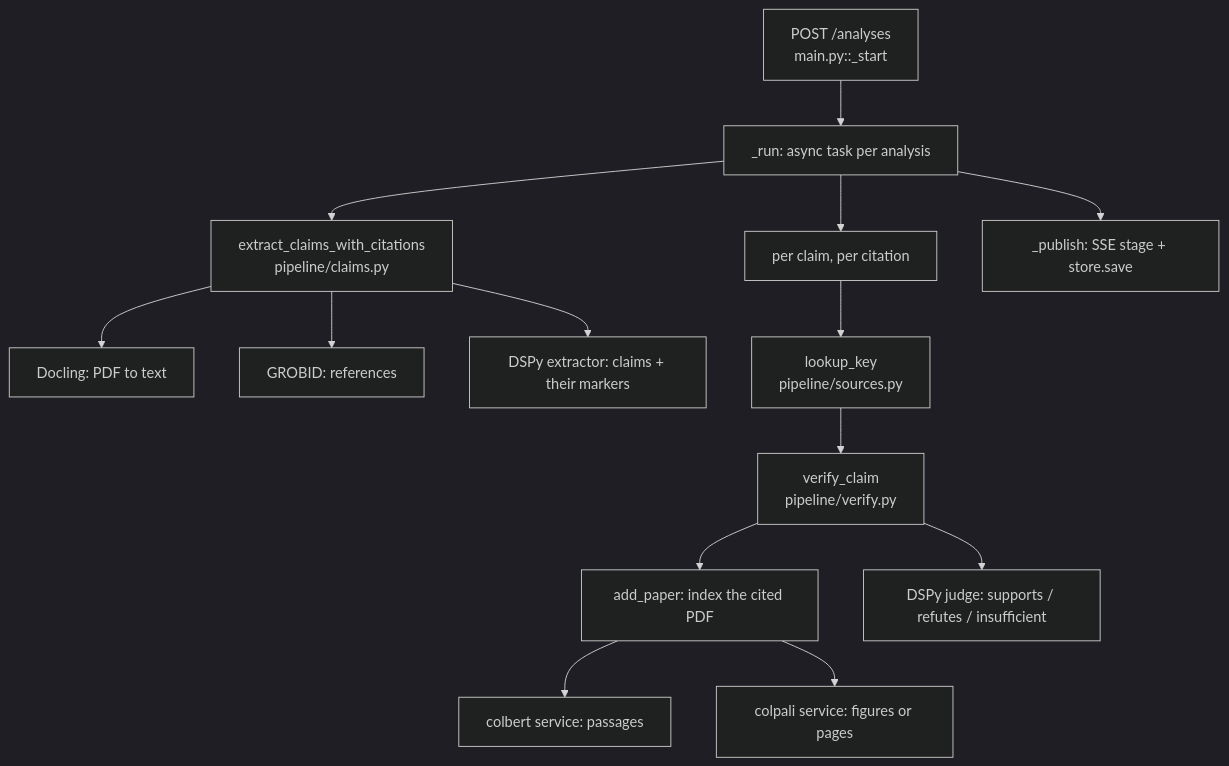
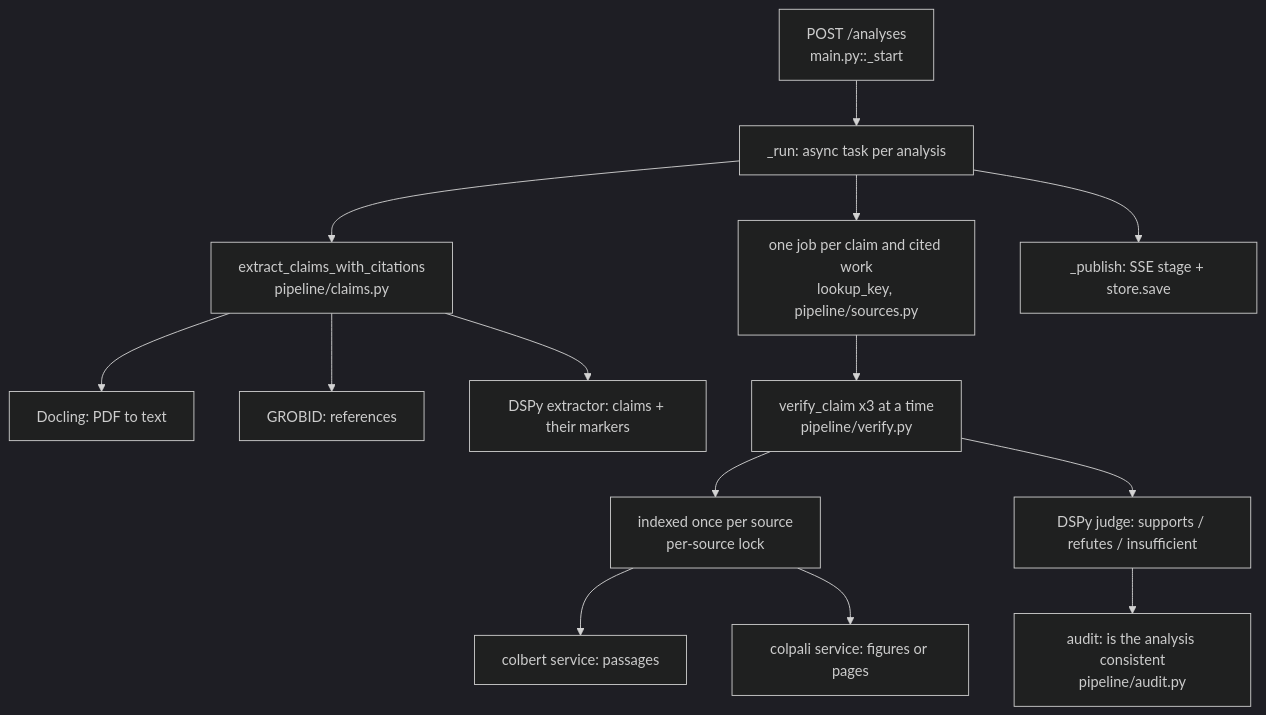
One commit to ZenithGeeks/SecretSource-prototype changed the first of 3 diagrams in ARCHITECTURE.md. Above: the diagram before and after it, drawn with Mermaid (dark theme). The commit also changed other lines of this file and 1 other file, not shown here.

First line of the commit message:
SCRUM-160: make the architecture docs true of main again

````diff
--- a/ARCHITECTURE.md
+++ b/ARCHITECTURE.md
@@ -29,16 +29,16 @@
 ```mermaid
 flowchart TD
     POST["POST /analyses<br/>main.py::_start"] --> RUN["_run: async task per analysis"]
     RUN --> EXTRACT["extract_claims_with_citations<br/>pipeline/claims.py"]
     EXTRACT --> DOCLING["Docling: PDF to text"]
     EXTRACT --> GROBID["GROBID: references"]
     EXTRACT --> DSPY1["DSPy extractor: claims + their markers"]
-    RUN --> LOOP["per claim, per citation"]
-    LOOP --> LOOKUP["lookup_key<br/>pipeline/sources.py"]
-    LOOKUP --> VERIFY["verify_claim<br/>pipeline/verify.py"]
-    VERIFY --> INDEX["add_paper: index the cited PDF"]
+    RUN --> JOBS["one job per claim and cited work<br/>lookup_key, pipeline/sources.py"]
+    JOBS --> VERIFY["verify_claim x3 at a time<br/>pipeline/verify.py"]
+    VERIFY --> INDEX["indexed once per source<br/>per-source lock"]
     INDEX --> COLBERT["colbert service: passages"]
     INDEX --> COLPALI["colpali service: figures or pages"]
     VERIFY --> JUDGE["DSPy judge: supports / refutes / insufficient"]
+    JUDGE --> AUDIT["audit: is the analysis consistent<br/>pipeline/audit.py"]
     RUN --> PUBLISH["_publish: SSE stage + store.save"]
 ```
````
